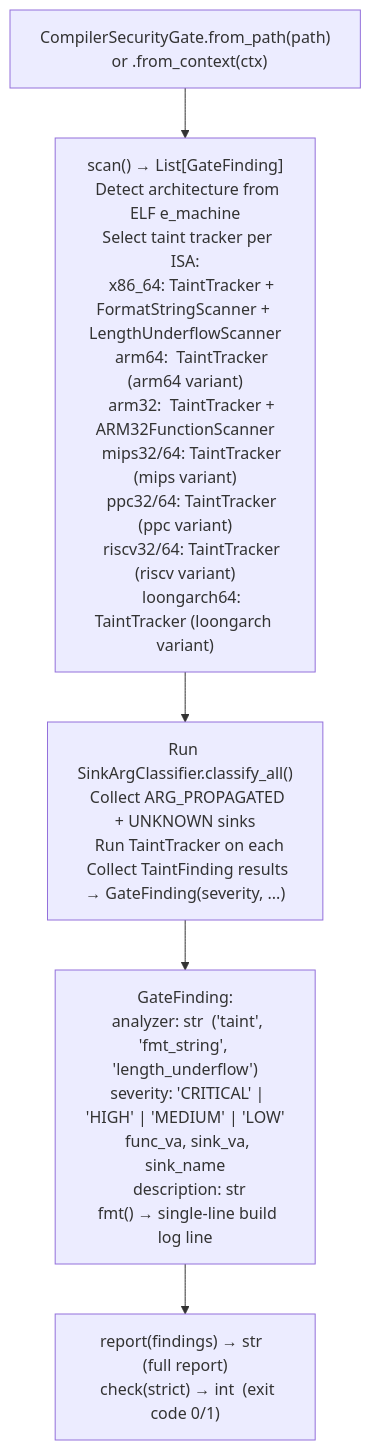
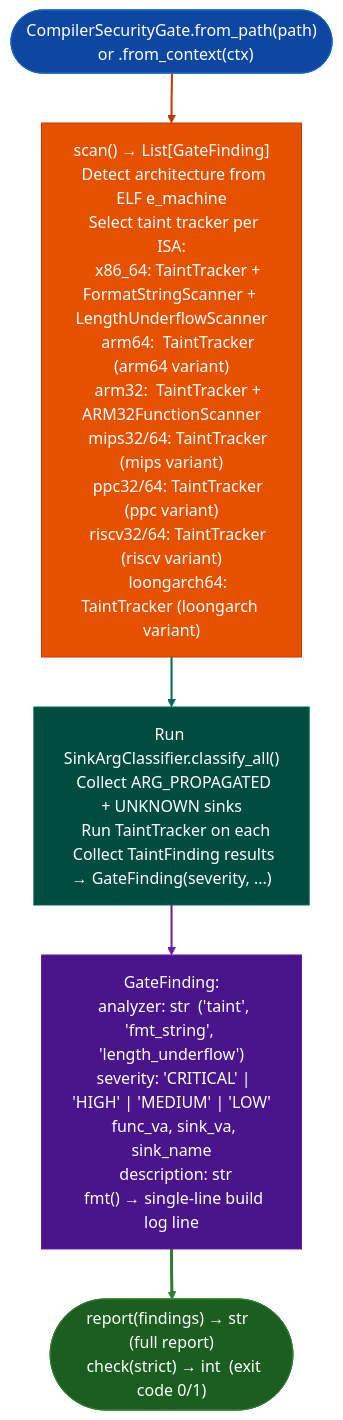
One commit to Ablation-Tool/ablation changed the diagram in docs/reference-modules/ci-cd-and-artifact-services.md. Above: the diagram before and after it, drawn with Mermaid. The commit also changed 320 other files, not shown here.

First line of the commit message:
docs: apply canonical Mermaid template to all 321 diagrams

````diff
--- a/docs/reference-modules/ci-cd-and-artifact-services.md
+++ b/docs/reference-modules/ci-cd-and-artifact-services.md
@@ -19,7 +19,17 @@
 ```mermaid
 flowchart TD
-    A["CompilerSecurityGate.from_path(path)\n  or .from_context(ctx)"] --> B["scan() → List[GateFinding]\n  Detect architecture from ELF e_machine\n  Select taint tracker per ISA:\n    x86_64: TaintTracker + FormatStringScanner + LengthUnderflowScanner\n    arm64:  TaintTracker (arm64 variant)\n    arm32:  TaintTracker + ARM32FunctionScanner\n    mips32/64: TaintTracker (mips variant)\n    ppc32/64: TaintTracker (ppc variant)\n    riscv32/64: TaintTracker (riscv variant)\n    loongarch64: TaintTracker (loongarch variant)"]
-    B --> C["Run SinkArgClassifier.classify_all()\n  Collect ARG_PROPAGATED + UNKNOWN sinks\n  Run TaintTracker on each\n  Collect TaintFinding results → GateFinding(severity, ...)"]
-    C --> D["GateFinding:\n  analyzer: str  ('taint', 'fmt_string', 'length_underflow')\n  severity: 'CRITICAL' | 'HIGH' | 'MEDIUM' | 'LOW'\n  func_va, sink_va, sink_name\n  description: str\n  fmt() → single-line build log line"]
-    D --> E["report(findings) → str  (full report)\n  check(strict) → int  (exit code 0/1)"]
+    A(["CompilerSecurityGate.from_path(path)\n  or .from_context(ctx)"]):::input --> B["scan() → List[GateFinding]\n  Detect architecture from ELF e_machine\n  Select taint tracker per ISA:\n    x86_64: TaintTracker + FormatStringScanner + LengthUnderflowScanner\n    arm64:  TaintTracker (arm64 variant)\n    arm32:  TaintTracker + ARM32FunctionScanner\n    mips32/64: TaintTracker (mips variant)\n    ppc32/64: TaintTracker (ppc variant)\n    riscv32/64: TaintTracker (riscv variant)\n    loongarch64: TaintTracker (loongarch variant)"]:::primary
+    B:::primary --> C["Run SinkArgClassifier.classify_all()\n  Collect ARG_PROPAGATED + UNKNOWN sinks\n  Run TaintTracker on each\n  Collect TaintFinding results → GateFinding(severity, ...)"]:::secondary
+    C:::secondary --> D["GateFinding:\n  analyzer: str  ('taint', 'fmt_string', 'length_underflow')\n  severity: 'CRITICAL' | 'HIGH' | 'MEDIUM' | 'LOW'\n  func_va, sink_va, sink_name\n  description: str\n  fmt() → single-line build log line"]:::tertiary
+    D:::tertiary --> E(["report(findings) → str  (full report)\n  check(strict) → int  (exit code 0/1)"]):::output
+    classDef input     fill:#0d47a1,stroke:#1565c0,color:#fff
+    classDef primary   fill:#e65100,stroke:#bf360c,color:#fff
+    classDef secondary fill:#004d40,stroke:#00695c,color:#fff
+    classDef tertiary  fill:#4a148c,stroke:#6a1b9a,color:#fff
+    classDef neutral   fill:#37474f,stroke:#546e7a,color:#fff
+    classDef output    fill:#1b5e20,stroke:#2e7d32,color:#fff
+    linkStyle 0 stroke:#bf360c,stroke-width:2px
+    linkStyle 1 stroke:#00695c,stroke-width:2px
+    linkStyle 2 stroke:#6a1b9a,stroke-width:2px
+    linkStyle 3 stroke:#2e7d32,stroke-width:3px
 ```
````
